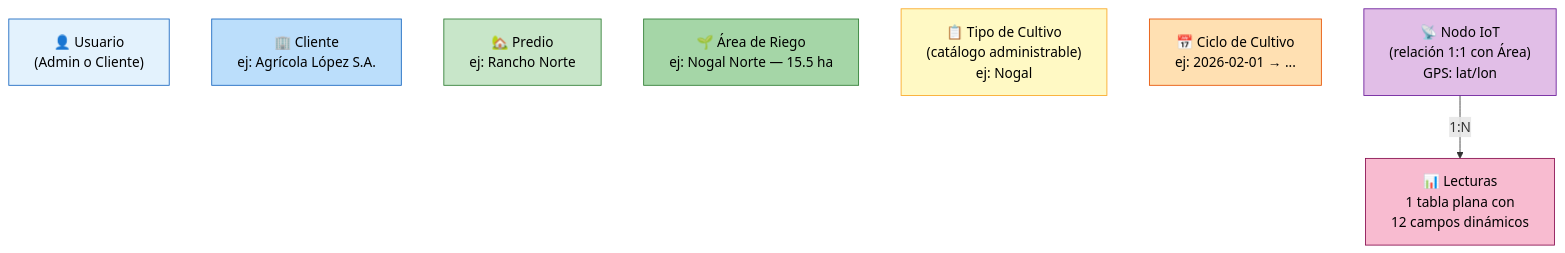
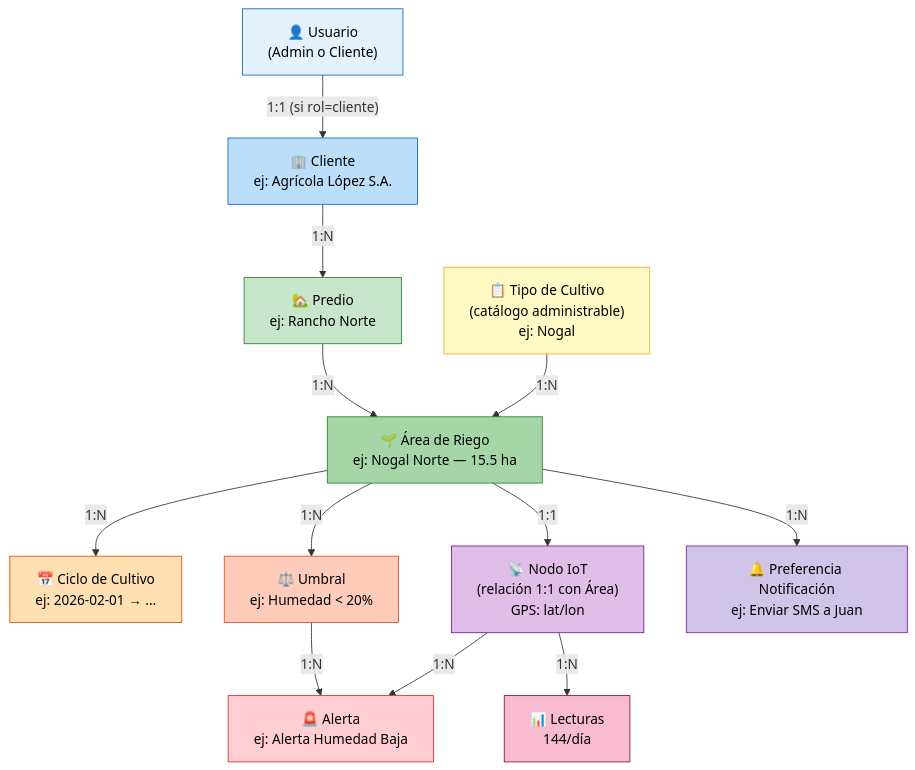
Before and after one commit to Alanzphy/IoT_Sensors: the sixth of 9 diagrams in docs/arquitectura.md, drawn with Mermaid. The commit also changed other lines of this file and 1 other file, not shown here.

Commit message:
feat: update database documentation with new tables and recovery flow details

````diff
--- a/docs/arquitectura.md
+++ b/docs/arquitectura.md
@@ -235,20 +270,37 @@
 ```mermaid
 graph TD
     U["👤 Usuario<br/>(Admin o Cliente)"]
     C["🏢 Cliente<br/>ej: Agrícola López S.A."]
     P["🏡 Predio<br/>ej: Rancho Norte"]
     AR["🌱 Área de Riego<br/>ej: Nogal Norte — 15.5 ha"]
     TC["📋 Tipo de Cultivo<br/>(catálogo administrable)<br/>ej: Nogal"]
     CC["📅 Ciclo de Cultivo<br/>ej: 2026-02-01 → ..."]
     ND["📡 Nodo IoT<br/>(relación 1:1 con Área)<br/>GPS: lat/lon"]
-    ND -->|"1:N"| L["📊 Lecturas<br/>1 tabla plana con<br/>12 campos dinámicos"]
+    UM["⚖️ Umbral<br/>ej: Humedad < 20%"]
+    AL["🚨 Alerta<br/>ej: Alerta Humedad Baja"]
+    PN["🔔 Preferencia Notificación<br/>ej: Enviar SMS a Juan"]
+
+    U -->|"1:1 (si rol=cliente)"| C
+    C -->|"1:N"| P
+    P -->|"1:N"| AR
+    TC -->|"1:N"| AR
+    AR -->|"1:N"| CC
+    AR -->|"1:1"| ND
+    AR -->|"1:N"| UM
+    AR -->|"1:N"| PN
+    UM -->|"1:N"| AL
+    ND -->|"1:N"| AL
+    ND -->|"1:N"| L["📊 Lecturas<br/>144/día"]
 
     style U fill:#e3f2fd,stroke:#1565c0,color:#000
     style C fill:#bbdefb,stroke:#1565c0,color:#000
     style P fill:#c8e6c9,stroke:#2e7d32,color:#000
     style AR fill:#a5d6a7,stroke:#2e7d32,color:#000
     style TC fill:#fff9c4,stroke:#f9a825,color:#000
     style CC fill:#ffe0b2,stroke:#e65100,color:#000
     style ND fill:#e1bee7,stroke:#6a1b9a,color:#000
     style L fill:#f8bbd0,stroke:#880e4f,color:#000
+    style UM fill:#ffccbc,stroke:#e64a19,color:#000
+    style AL fill:#ffcdd2,stroke:#d32f2f,color:#000
+    style PN fill:#d1c4e9,stroke:#7b1fa2,color:#000
 ```
````
